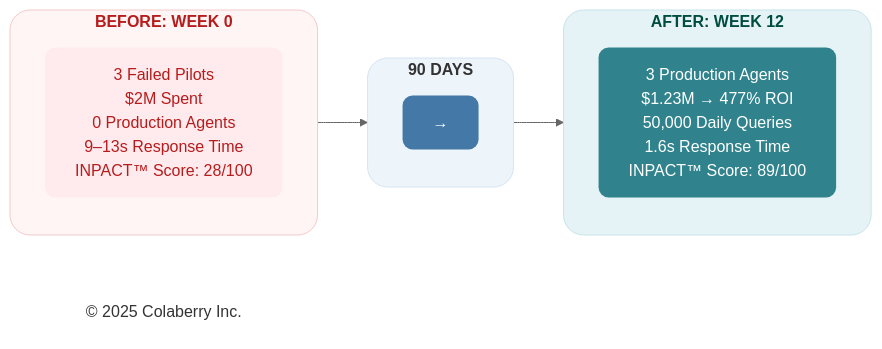
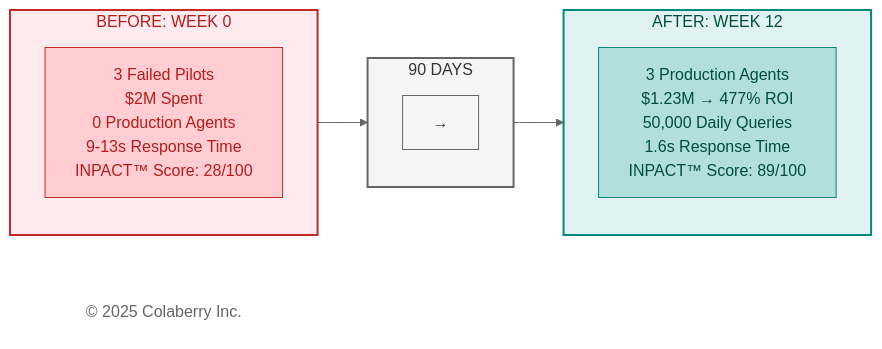
The first of 4 diagrams in manuscript/01_chapter_0_trust_before_intelligence.md (saitejesh-cyber/trust-before-intelligence-book), drawn with Mermaid (neutral theme) before and after one commit. The commit also changed other lines of this file and 12 other files, not shown here.

Commit message:
Restore legacy Mermaid styles for Option 1

````diff
--- a/manuscript/01_chapter_0_trust_before_intelligence.md
+++ b/manuscript/01_chapter_0_trust_before_intelligence.md
@@ -15,32 +15,31 @@
 ```mermaid
 
 graph LR
-    subgraph BEFORE["<b>BEFORE: WEEK 0</b>"]
+    subgraph BEFORE["BEFORE: WEEK 0"]
         direction TB
-        B1["3 Failed Pilots<br/>$2M Spent<br/>0 Production Agents<br/>9–13s Response Time<br/>INPACT™ Score: 28/100"]
+        B1["3 Failed Pilots<br/>$2M Spent<br/>0 Production Agents<br/>9-13s Response Time<br/>INPACT™ Score: 28/100"]
     end
     
-    subgraph TRANSFORM["<b>90 DAYS</b>"]
+    subgraph TRANSFORM["90 DAYS"]
         direction TB
         T1["→"]
     end
     
-    subgraph AFTER["<b>AFTER: WEEK 12</b>"]
+    subgraph AFTER["AFTER: WEEK 12"]
         direction TB
         A1["3 Production Agents<br/>$1.23M → 477% ROI<br/>50,000 Daily Queries<br/>1.6s Response Time<br/>INPACT™ Score: 89/100"]
     end
     
     Copyright["© 2025 Colaberry Inc."]
     
     BEFORE --> TRANSFORM --> AFTER
-
-    style BEFORE fill:#fff5f5,stroke:#f2caca,stroke-width:1px,color:#b71c1c,rx:20,ry:20
-    style B1 fill:#ffebee,stroke:none,color:#b71c1c,rx:10,ry:10
-    style TRANSFORM fill:#edf4fa,stroke:#d6e4f2,stroke-width:1px,color:#333333,rx:20,ry:20
-    style T1 fill:#4478A6,stroke:none,color:#ffffff,rx:10,ry:10
-    style AFTER fill:#e6f3f6,stroke:#c7e3ea,stroke-width:1px,color:#004d40,rx:20,ry:20
-    style A1 fill:#30838C,stroke:none,color:#ffffff,rx:10,ry:10
-
-    style Copyright fill:none,stroke:none,color:#333333
+    
+    style BEFORE fill:#ffebee,stroke:#c62828,stroke-width:2px,color:#b71c1c
+    style TRANSFORM fill:#f5f5f5,stroke:#666666,stroke-width:2px,color:#333333
+    style AFTER fill:#e0f2f1,stroke:#00897b,stroke-width:2px,color:#004d40
+    style B1 fill:#ffcdd2,stroke:#c62828,color:#b71c1c
+    style T1 fill:#f5f5f5,stroke:#666666,color:#333333
+    style A1 fill:#b2dfdb,stroke:#00897b,color:#004d40
+    style Copyright fill:#ffffff,stroke:none,color:#666666
     
 ```
````
